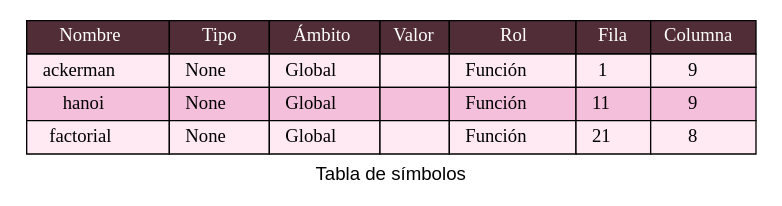
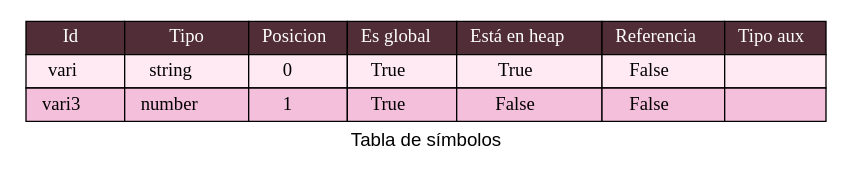
One commit to LuisaMariaO/OLC2P1-Luisa-Ortiz-Marjorie-Reyes changed the diagram in Fase 1/backend/TablaSimbolos.dot. Above: the diagram before and after it, drawn with Graphviz. The commit also changed 11 other files, not shown here.

```diff
--- a/Fase 1/backend/TablaSimbolos.dot
+++ b/Fase 1/backend/TablaSimbolos.dot
@@ -1,45 +1,36 @@
 digraph {
             fontname="Arial"
             label = "Tabla de símbolos"
             node[shape=none]
             n1[label=<
             <table BORDER="0" CELLBORDER="1" CELLSPACING="0" CELLPADDING="4">]
             <tr>
-            <td bgcolor="#512D38"> <font color="white">Nombre </font></td>
+            <td bgcolor="#512D38"> <font color="white"> Id </font></td>
             <td bgcolor="#512D38"> <font color="white">Tipo</font></td>
-            <td bgcolor="#512D38"> <font color="white">Ámbito</font></td>
-            <td bgcolor="#512D38"> <font color="white">Valor</font></td>
-            <td bgcolor="#512D38"> <font color="white">Rol</font></td>
-            <td bgcolor="#512D38"> <font color="white">Fila</font></td>
-            <td bgcolor="#512D38"> <font color="white">Columna</font></td>
+            <td bgcolor="#512D38"> <font color="white">Posicion</font></td>
+            <td bgcolor="#512D38"> <font color="white">Es global</font></td>
+            <td bgcolor="#512D38"> <font color="white">Está en heap</font></td>
+            <td bgcolor="#512D38"> <font color="white">Referencia</font></td>
+            <td bgcolor="#512D38"> <font color="white">Tipo aux</font></td>
             </tr>
 <tr>
-<td bgcolor="#FFE9F3">   ackerman   </td>
-<td bgcolor="#FFE9F3">   None   </td>
-<td bgcolor="#FFE9F3">   Global   </td>
-<td bgcolor="#FFE9F3">       </td>
-<td bgcolor="#FFE9F3">   Función   </td>
-<td bgcolor="#FFE9F3">   1   </td>
-<td bgcolor="#FFE9F3">   9   </td>
+<td bgcolor="#FFE9F3">   vari   </td>
+<td bgcolor="#FFE9F3">   string   </td>
+<td bgcolor="#FFE9F3">   0   </td>
+<td bgcolor="#FFE9F3">   True   </td>
+<td bgcolor="#FFE9F3">   True   </td>
+<td bgcolor="#FFE9F3">   False   </td>
+<td bgcolor="#FFE9F3">      </td>
 </tr>
 <tr>
-<td bgcolor="#F4BFDB">   hanoi   </td>
-<td bgcolor="#F4BFDB">   None   </td>
-<td bgcolor="#F4BFDB">   Global   </td>
-<td bgcolor="#F4BFDB">       </td>
-<td bgcolor="#F4BFDB">   Función   </td>
-<td bgcolor="#F4BFDB">   11   </td>
-<td bgcolor="#F4BFDB">   9   </td>
-</tr>
-<tr>
-<td bgcolor="#FFE9F3">   factorial   </td>
-<td bgcolor="#FFE9F3">   None   </td>
-<td bgcolor="#FFE9F3">   Global   </td>
-<td bgcolor="#FFE9F3">       </td>
-<td bgcolor="#FFE9F3">   Función   </td>
-<td bgcolor="#FFE9F3">   21   </td>
-<td bgcolor="#FFE9F3">   8   </td>
+<td bgcolor="#F4BFDB">   vari3   </td>
+<td bgcolor="#F4BFDB">   number   </td>
+<td bgcolor="#F4BFDB">   1   </td>
+<td bgcolor="#F4BFDB">   True   </td>
+<td bgcolor="#F4BFDB">   False   </td>
+<td bgcolor="#F4BFDB">   False   </td>
+<td bgcolor="#F4BFDB">      </td>
 </tr>
 </table>
     >]
     }
```
